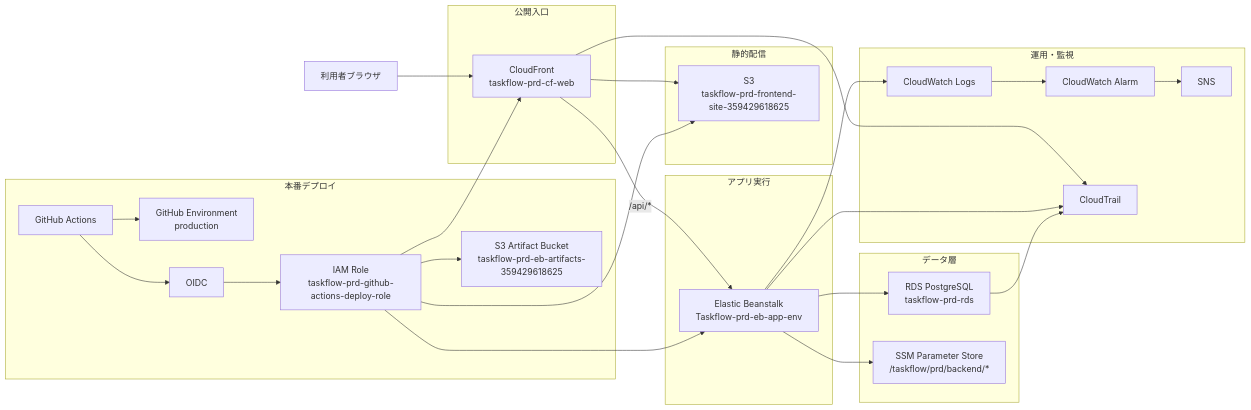
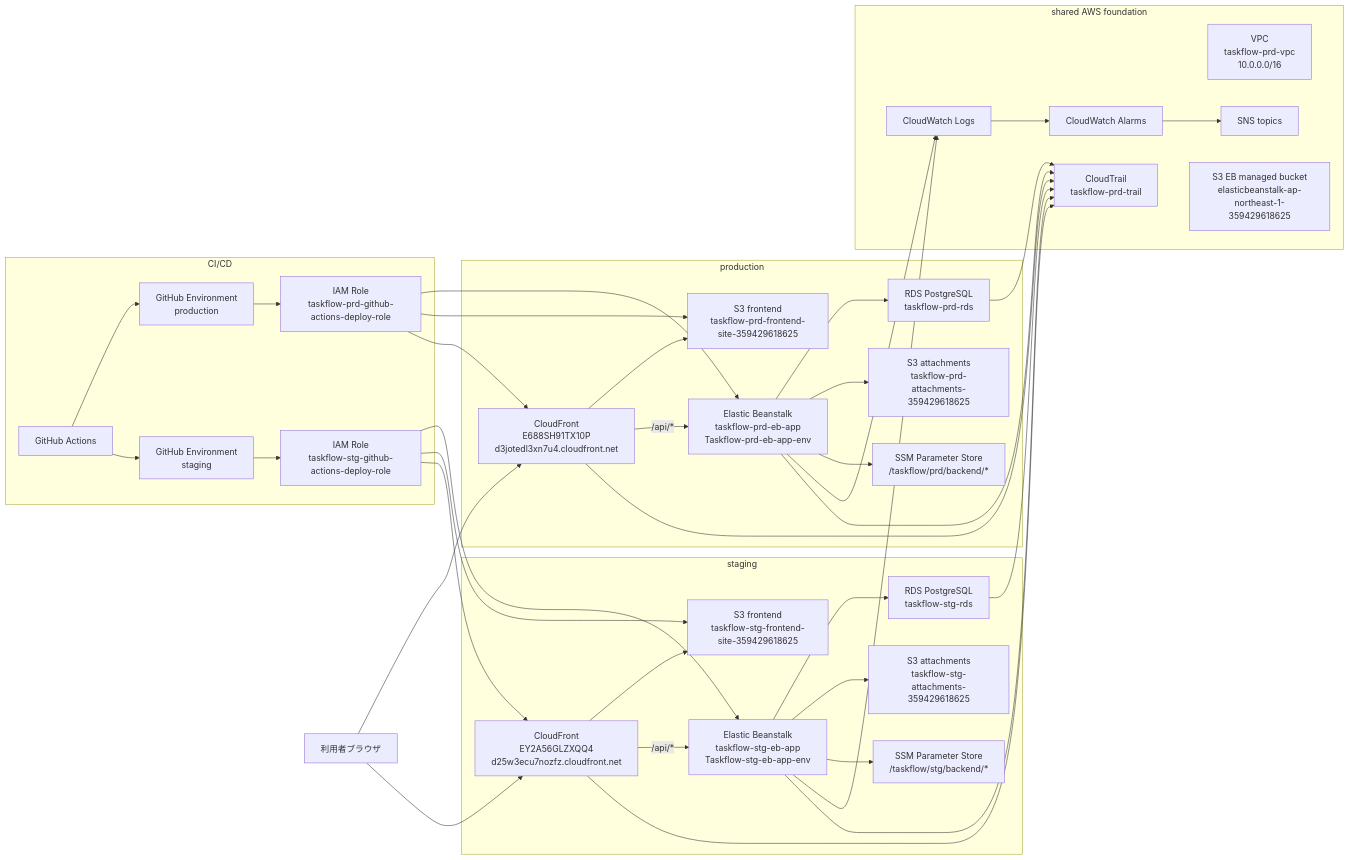
One commit to kitune-udon/task-manager-app changed the diagram in docs/01_設計/07_インフラ設計書.md. Above: the diagram before and after it, drawn with Mermaid. The commit also changed other lines of this file, not shown here.

````diff
--- a/docs/01_設計/07_インフラ設計書.md
+++ b/docs/01_設計/07_インフラ設計書.md
@@ -67,56 +81,73 @@
 ```mermaid
 flowchart LR
   user[利用者ブラウザ]
 
-  subgraph internet[公開入口]
-    cf[CloudFront\ntaskflow-prd-cf-web]
+  subgraph prd[production]
+    prd_cf[CloudFront\nE688SH91TX10P\nd3jotedl3xn7u4.cloudfront.net]
+    prd_fe[S3 frontend\ntaskflow-prd-frontend-site-359429618625]
+    prd_eb[Elastic Beanstalk\ntaskflow-prd-eb-app\nTaskflow-prd-eb-app-env]
+    prd_rds[RDS PostgreSQL\ntaskflow-prd-rds]
+    prd_attach[S3 attachments\ntaskflow-prd-attachments-359429618625]
+    prd_ssm[SSM Parameter Store\n/taskflow/prd/backend/*]
   end
 
-  subgraph frontend[静的配信]
-    s3[S3\ntaskflow-prd-frontend-site-359429618625]
+  subgraph stg[staging]
+    stg_cf[CloudFront\nEY2A56GLZXQQ4\nd25w3ecu7nozfz.cloudfront.net]
+    stg_fe[S3 frontend\ntaskflow-stg-frontend-site-359429618625]
+    stg_eb[Elastic Beanstalk\ntaskflow-stg-eb-app\nTaskflow-stg-eb-app-env]
+    stg_rds[RDS PostgreSQL\ntaskflow-stg-rds]
+    stg_attach[S3 attachments\ntaskflow-stg-attachments-359429618625]
+    stg_ssm[SSM Parameter Store\n/taskflow/stg/backend/*]
   end
 
-  subgraph app[アプリ実行]
-    eb[Elastic Beanstalk\nTaskflow-prd-eb-app-env]
+  subgraph shared[shared AWS foundation]
+    vpc[VPC\ntaskflow-prd-vpc\n10.0.0.0/16]
+    trail[CloudTrail\ntaskflow-prd-trail]
+    logs[CloudWatch Logs]
+    alarms[CloudWatch Alarms]
+    sns[SNS topics]
+    eb_bucket[S3 EB managed bucket\nelasticbeanstalk-ap-northeast-1-359429618625]
   end
 
-  subgraph data[データ層]
-    rds[RDS PostgreSQL\ntaskflow-prd-rds]
-    ssm[SSM Parameter Store\n/taskflow/prd/backend/*]
+  subgraph cicd[CI/CD]
+    gha[GitHub Actions]
+    prod_env[GitHub Environment\nproduction]
+    stg_env[GitHub Environment\nstaging]
+    prod_role[IAM Role\ntaskflow-prd-github-actions-deploy-role]
+    stg_role[IAM Role\ntaskflow-stg-github-actions-deploy-role]
   end
 
-  subgraph ops[運用・監視]
-    logs[CloudWatch Logs]
-    alarm[CloudWatch Alarm]
-    sns[SNS]
-    trail[CloudTrail]
-  end
+  user --> prd_cf
+  user --> stg_cf
+  prd_cf --> prd_fe
+  prd_cf -->|/api/*| prd_eb
+  stg_cf --> stg_fe
+  stg_cf -->|/api/*| stg_eb
 
-  subgraph cicd[本番デプロイ]
-    gha[GitHub Actions]
-    env[GitHub Environment\nproduction]
-    oidc[OIDC]
-    role[IAM Role\ntaskflow-prd-github-actions-deploy-role]
-    artifact[S3 Artifact Bucket\ntaskflow-prd-eb-artifacts-359429618625]
-  end
+  prd_eb --> prd_rds
+  prd_eb --> prd_attach
+  prd_eb --> prd_ssm
+  stg_eb --> stg_rds
+  stg_eb --> stg_attach
+  stg_eb --> stg_ssm
 
-  user --> cf
-  cf --> s3
-  cf -->|/api/*| eb
-  eb --> rds
-  eb --> ssm
-  eb --> logs
-  logs --> alarm
-  alarm --> sns
-  cf --> trail
-  eb --> trail
-  rds --> trail
+  prd_eb --> logs
+  stg_eb --> logs
+  logs --> alarms
+  alarms --> sns
+  prd_cf --> trail
+  stg_cf --> trail
+  prd_eb --> trail
+  stg_eb --> trail
+  prd_rds --> trail
+  stg_rds --> trail
 
-  gha --> env
-  gha --> oidc
-  oidc --> role
-  role --> artifact
-  role --> eb
-  role --> s3
-  role --> cf
+  gha --> prod_env --> prod_role
+  gha --> stg_env --> stg_role
+  prod_role --> prd_eb
+  prod_role --> prd_fe
+  prod_role --> prd_cf
+  stg_role --> stg_eb
+  stg_role --> stg_fe
+  stg_role --> stg_cf
 ```
````
